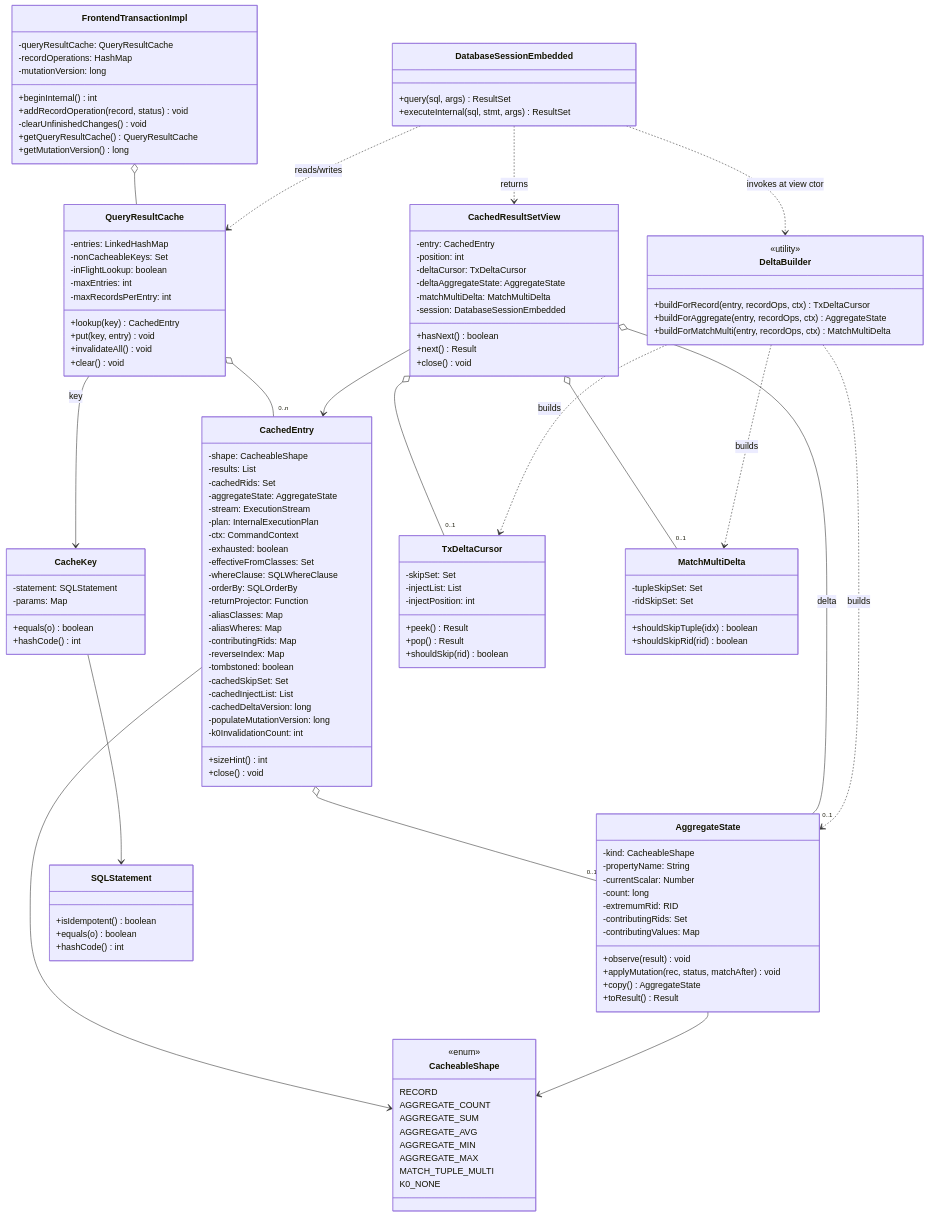
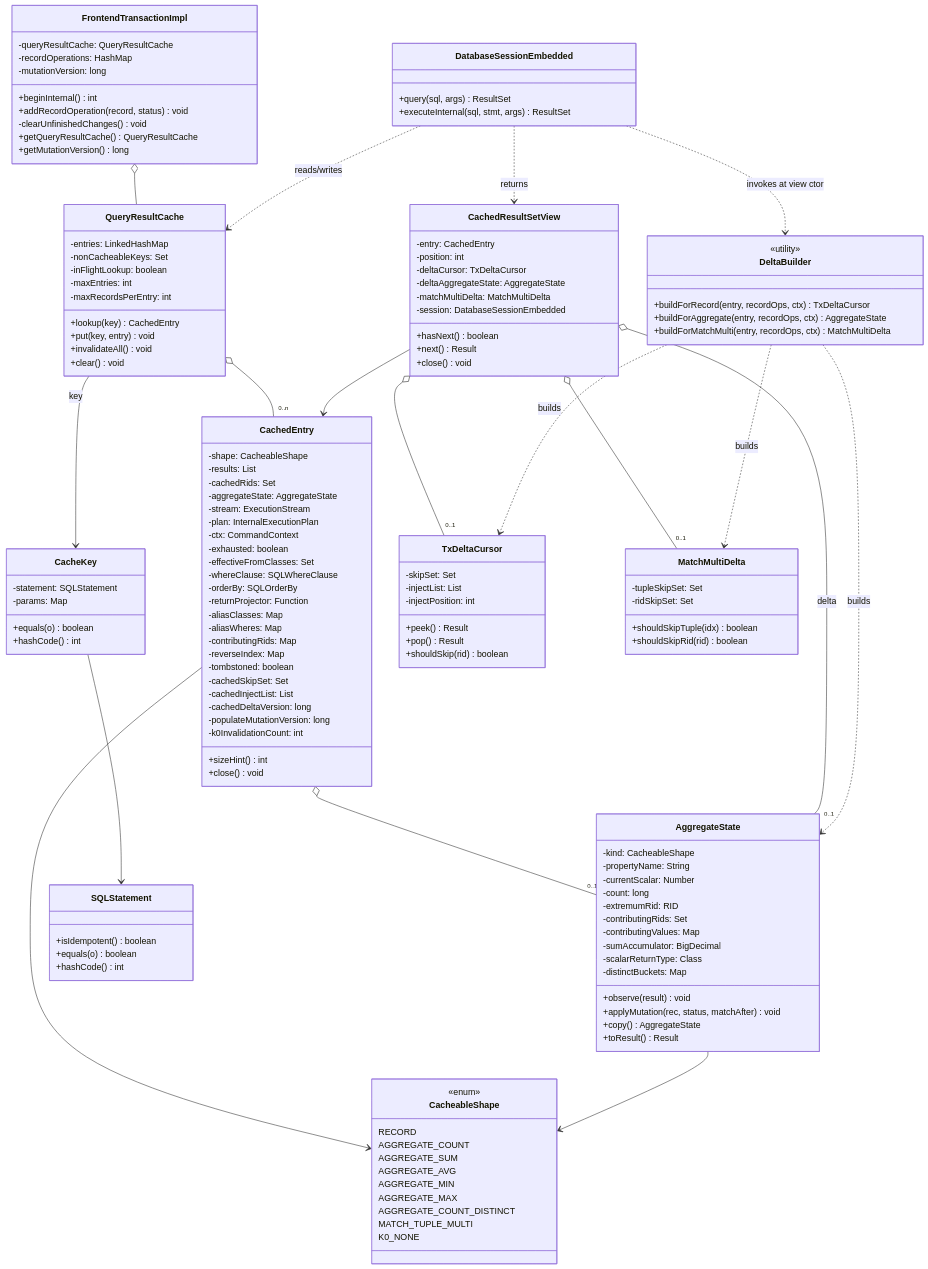
Before and after one commit to JetBrains/youtrackdb: the first of 2 diagrams in docs/adr/YTDB-820-tx-result-cache/_workflow/design.md, drawn with Mermaid. The commit also changed other lines of this file and 4 other files, not shown here.

Commit message:
Promote D20 COUNT_DISTINCT + add D19 BigDecimal accumulator

```diff
--- a/docs/adr/YTDB-820-tx-result-cache/_workflow/design.md
+++ b/docs/adr/YTDB-820-tx-result-cache/_workflow/design.md
@@ -95,6 +95,7 @@
         AGGREGATE_AVG
         AGGREGATE_MIN
         AGGREGATE_MAX
+        AGGREGATE_COUNT_DISTINCT
         MATCH_TUPLE_MULTI
         K0_NONE
     }
@@ -106,6 +107,9 @@
         -extremumRid: RID
         -contributingRids: Set
         -contributingValues: Map
+        -sumAccumulator: BigDecimal
+        -scalarReturnType: Class
+        -distinctBuckets: Map
         +observe(result) void
         +applyMutation(rec, status, matchAfter) void
         +copy() AggregateState
```
